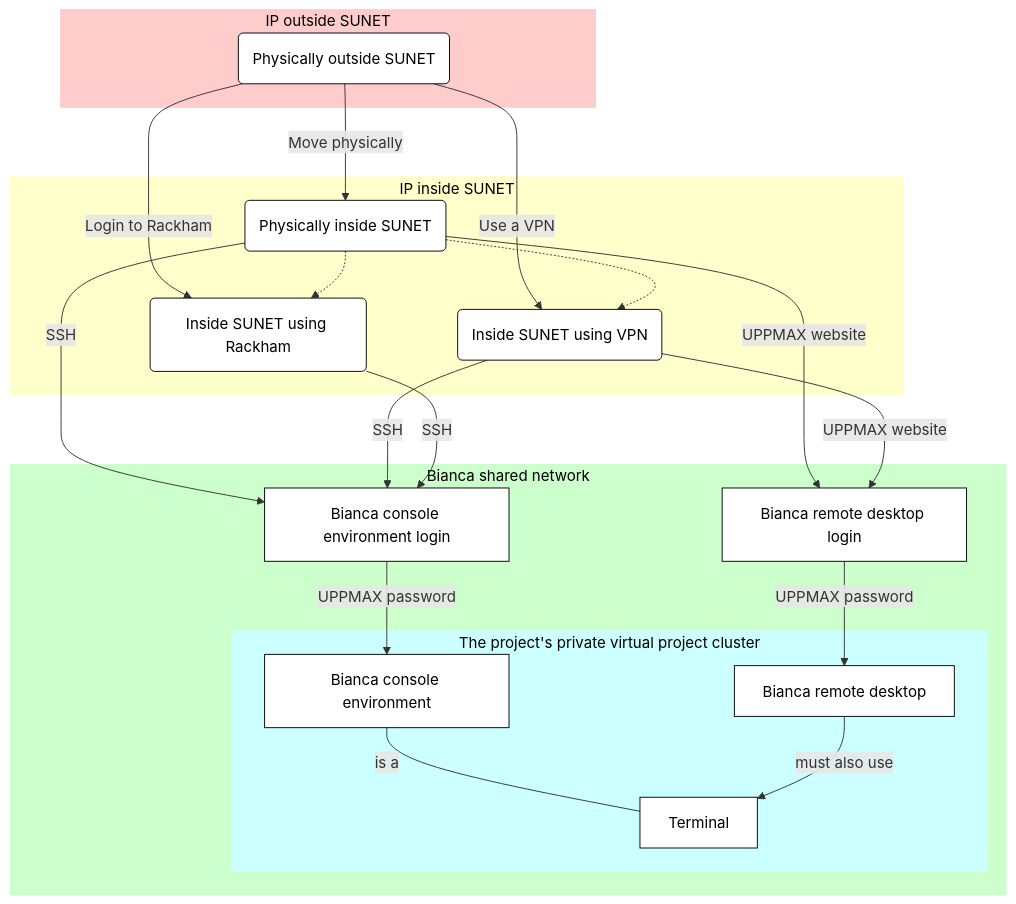
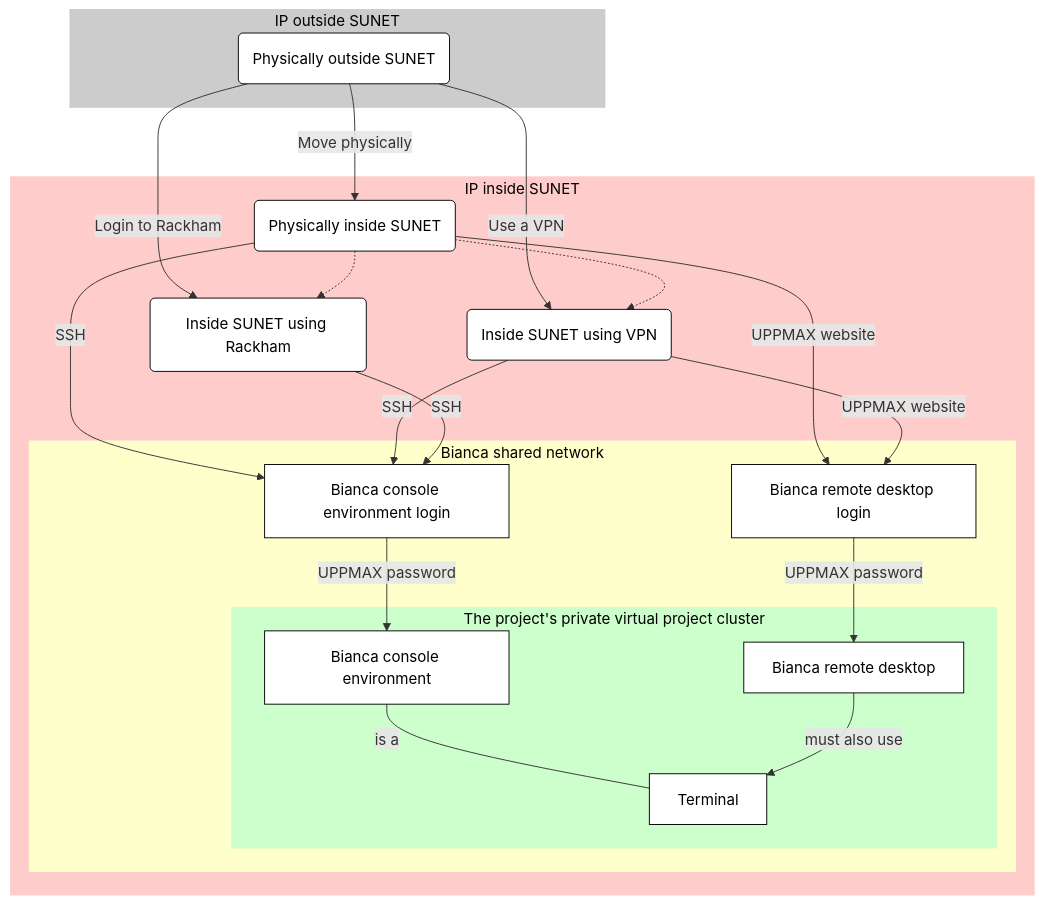
Before and after one commit to UPPMAX/UPPMAX-documentation: the fourth of 4 diagrams in docs/getting_started/login_bianca.md, drawn with Mermaid. The commit also changed other lines of this file, not shown here.

````diff
--- a/docs/getting_started/login_bianca.md
+++ b/docs/getting_started/login_bianca.md
@@ -678,54 +688,56 @@
 ```mermaid
 flowchart TD
 
     %% Give a white background, instead of a transparent one
     classDef node fill:#fff,color:#000,stroke:#000
     classDef focus_node fill:#fff,color:#000,stroke:#000,stroke-width:4px
 
     subgraph sub_outside[IP outside SUNET]
       outside(Physically outside SUNET)
     end    
-    style sub_outside fill:#fcc,color:#000,stroke:#fcc
+    style sub_outside fill:#ccc,color:#000,stroke:#ccc
 
     subgraph sub_inside[IP inside SUNET]
       physically_inside(Physically inside SUNET)
       inside_using_vpn(Inside SUNET using VPN)
       inside_using_rackham(Inside SUNET using Rackham)
+
+      subgraph sub_bianca_shared_env[Bianca shared network]
+        bianca_shared_console[Bianca console environment login]
+        bianca_shared_remote_desktop[Bianca remote desktop login] 
+        subgraph sub_bianca_private_env[The project's private virtual project cluster]
+          bianca_private_console[Bianca console environment]
+          bianca_private_remote_desktop[Bianca remote desktop] 
+          bianca_private_terminal[Terminal] 
+        end
+
+      end
     end
-    style sub_inside fill:#ffc,color:#000,stroke:#ffc
 
-    subgraph sub_bianca_shared_env[Bianca shared network]
-      bianca_shared_console[Bianca console environment login]
-      bianca_shared_remote_desktop[Bianca remote desktop login] 
-      subgraph sub_bianca_private_env[The project's private virtual project cluster]
-        bianca_private_console[Bianca console environment]
-        bianca_private_remote_desktop[Bianca remote desktop] 
-        bianca_private_terminal[Terminal] 
-      end
-      style sub_bianca_private_env fill:#cff,color:#000,stroke:#cff
-
-    end
-    style sub_bianca_shared_env fill:#cfc,color:#000,stroke:#cfc
+    style sub_outside fill:#ccc,color:#000,stroke:#ccc
+    style sub_inside fill:#fcc,color:#000,stroke:#fcc
+    style sub_bianca_shared_env fill:#ffc,color:#000,stroke:#ffc
+    style sub_bianca_private_env fill:#cfc,color:#000,stroke:#cfc
 
     %% Outside SUNET
     outside-->|Move physically|physically_inside
     outside-->|Use a VPN|inside_using_vpn
     outside-->|Login to Rackham|inside_using_rackham
 
     %% Inside SUNET
     physically_inside-->|SSH|bianca_shared_console
     physically_inside-->|UPPMAX website|bianca_shared_remote_desktop
     physically_inside-.->inside_using_rackham
     physically_inside-.->inside_using_vpn
     inside_using_vpn-->|SSH|bianca_shared_console
     inside_using_vpn-->|UPPMAX website|bianca_shared_remote_desktop
     inside_using_rackham-->|SSH|bianca_shared_console
 
     %% Shared Bianca
     bianca_shared_console --> |UPPMAX password|bianca_private_console
     bianca_shared_remote_desktop-->|UPPMAX password|bianca_private_remote_desktop
 
     %% Private Bianca
     bianca_private_console---|is a|bianca_private_terminal
     bianca_private_remote_desktop-->|must also use|bianca_private_terminal
 ```
````
